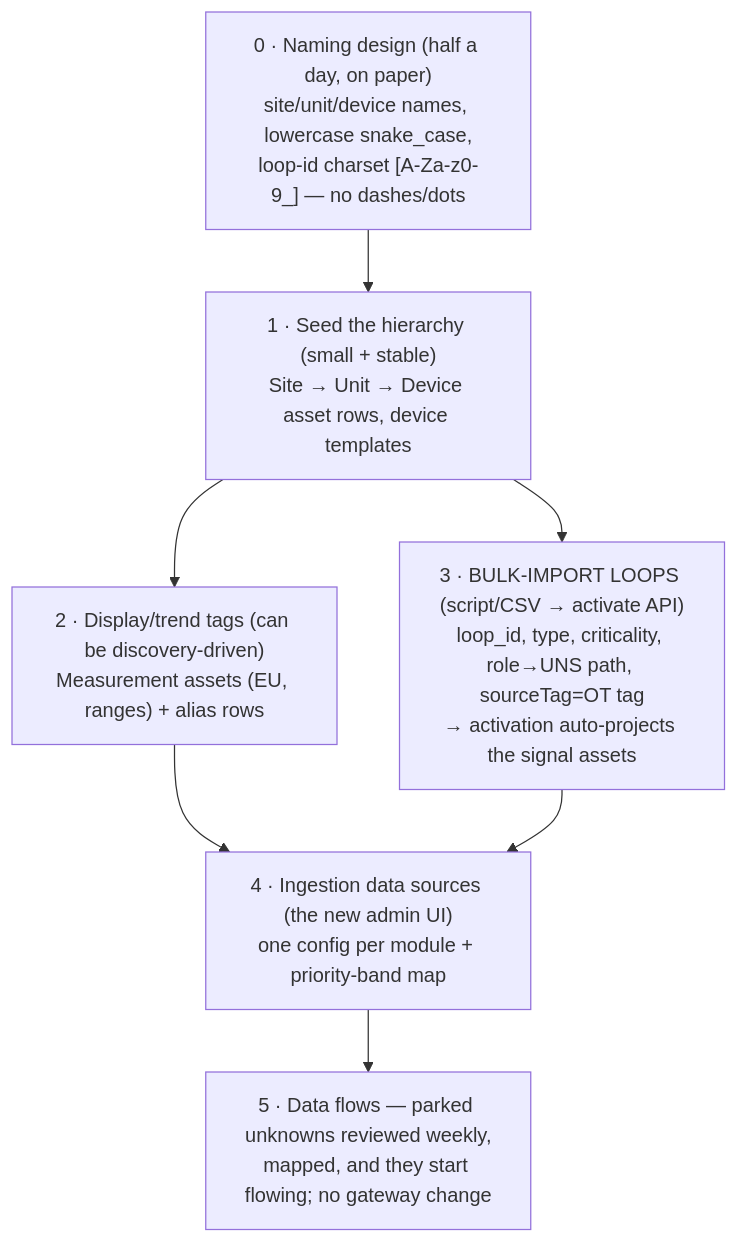
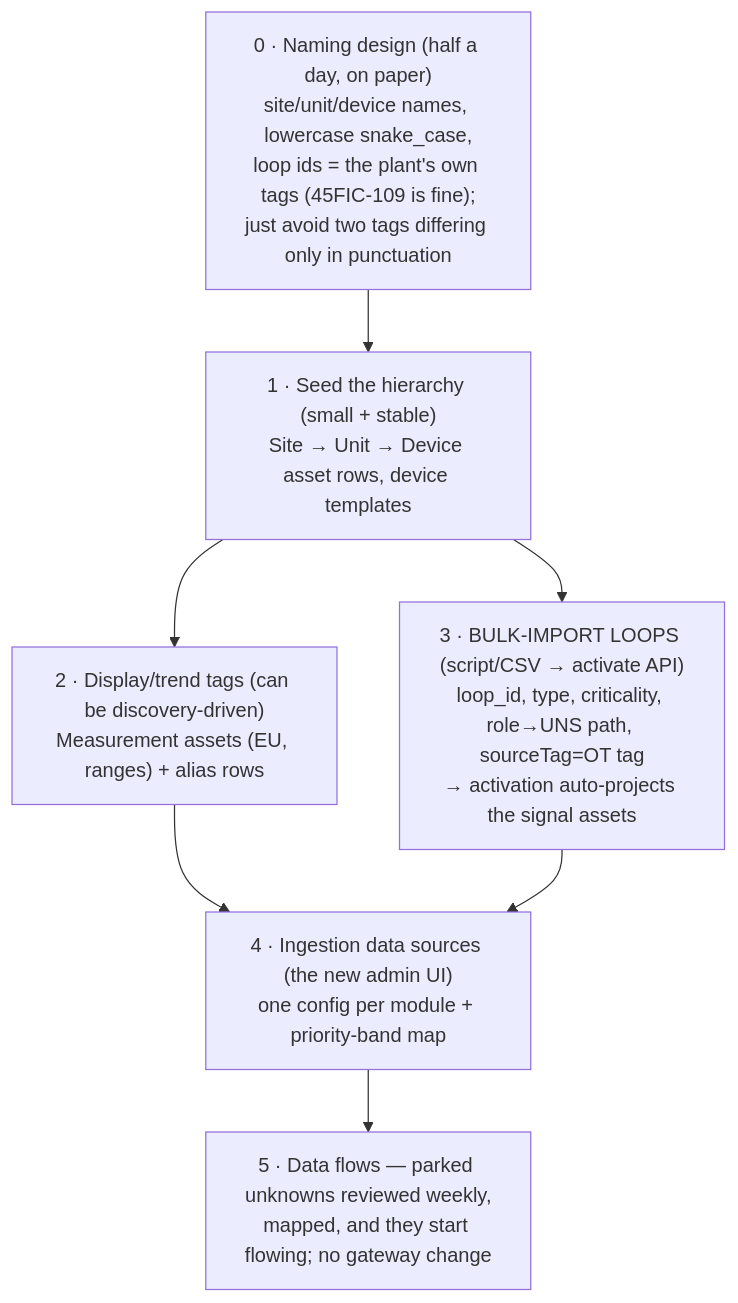
Before and after one commit to tofelemed/AMS-OpenBridge: the second of 2 diagrams in docs/ot-data-integration/07-pre-ingestion-configuration-and-uns-bootstrap.md, drawn with Mermaid. The commit also changed 20 other files, not shown here.

````diff
--- a/docs/ot-data-integration/07-pre-ingestion-configuration-and-uns-bootstrap.md
+++ b/docs/ot-data-integration/07-pre-ingestion-configuration-and-uns-bootstrap.md
@@ -90,11 +90,11 @@
 ```mermaid
 flowchart TD
-    S0["0 · Naming design (half a day, on paper)<br/>site/unit/device names, lowercase snake_case,<br/>loop-id charset [A-Za-z0-9_] — no dashes/dots"]
+    S0["0 · Naming design (half a day, on paper)<br/>site/unit/device names, lowercase snake_case,<br/>loop ids = the plant's own tags (45FIC-109 is fine);<br/>just avoid two tags differing only in punctuation"]
     S1["1 · Seed the hierarchy (small + stable)<br/>Site → Unit → Device asset rows, device templates"]
     S2["2 · Display/trend tags (can be discovery-driven)<br/>Measurement assets (EU, ranges) + alias rows"]
     S3["3 · BULK-IMPORT LOOPS (script/CSV → activate API)<br/>loop_id, type, criticality, role→UNS path, sourceTag=OT tag<br/>→ activation auto-projects the signal assets"]
     S4["4 · Ingestion data sources (the new admin UI)<br/>one config per module + priority-band map"]
     S5["5 · Data flows — parked unknowns reviewed weekly,<br/>mapped, and they start flowing; no gateway change"]
     S0 --> S1 --> S2 --> S4 --> S5
     S1 --> S3 --> S4
 ```
````
